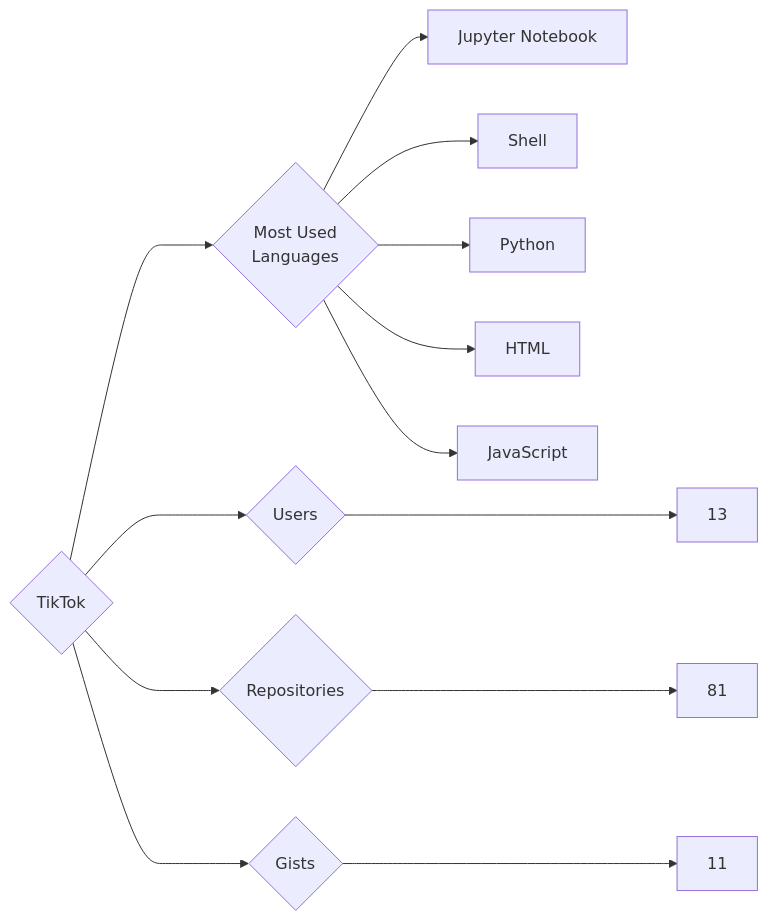
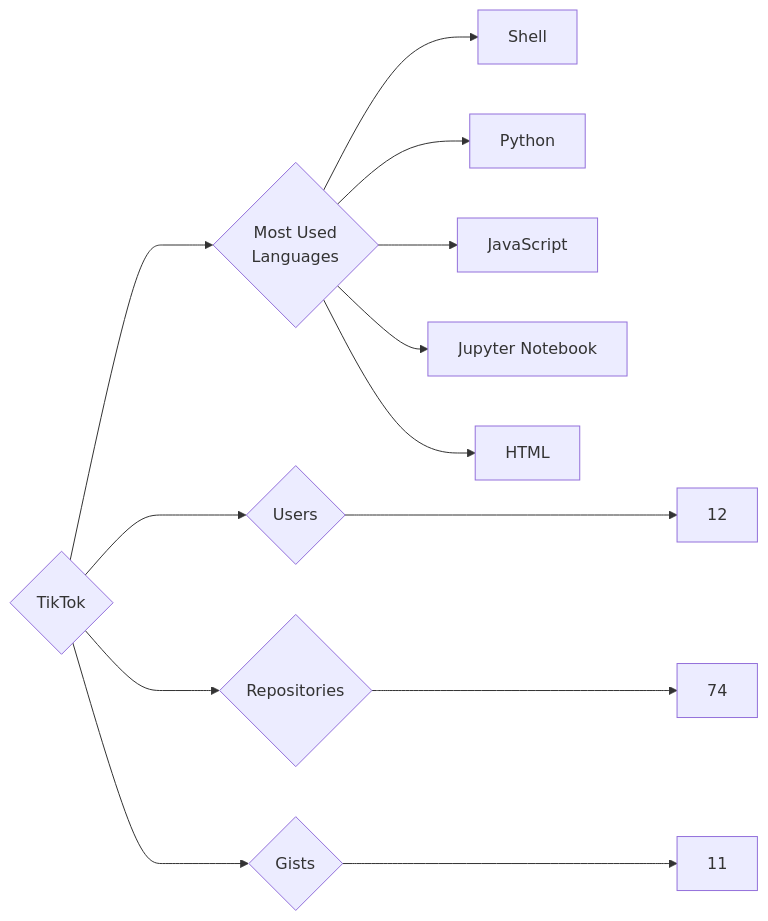
The diagram in targets/TikTok/README.md (trickest/insiders), drawn with Mermaid before and after one commit. The commit also changed 903 other files, not shown here.

````diff
--- a/targets/TikTok/README.md
+++ b/targets/TikTok/README.md
@@ -3,13 +3,13 @@
 ```mermaid
 graph LR
 COMPANY_NAME{TikTok}
-COMPANY_NAME ---> U{Users} ---> UN[13]
-COMPANY_NAME ---> R{Repositories} ---> RN[81]
+COMPANY_NAME ---> U{Users} ---> UN[12]
+COMPANY_NAME ---> R{Repositories} ---> RN[74]
 COMPANY_NAME ---> G{Gists} ---> GN[11]
 COMPANY_NAME ---> ML{Most Used<br>Languages}
-ML --> Jupyter_Notebook[Jupyter Notebook]
 ML --> Shell[Shell]
 ML --> Python[Python]
+ML --> JavaScript[JavaScript]
+ML --> Jupyter_Notebook[Jupyter Notebook]
 ML --> HTML[HTML]
-ML --> JavaScript[JavaScript]
 ```
````
